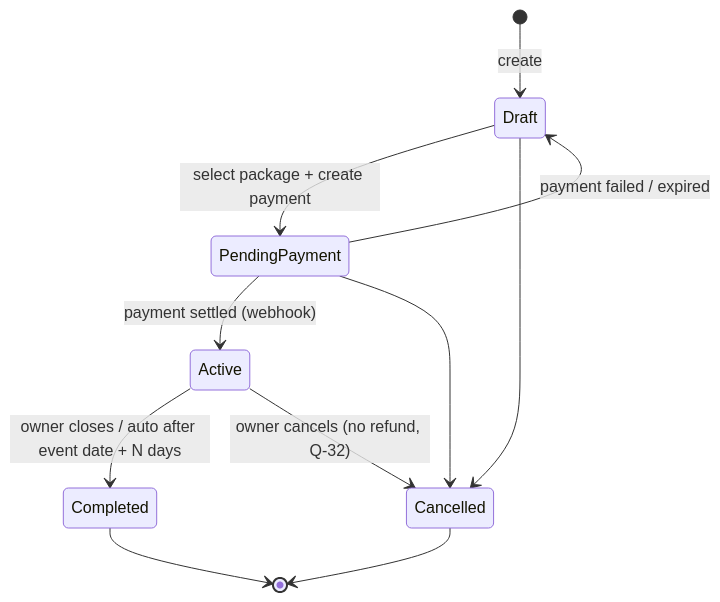
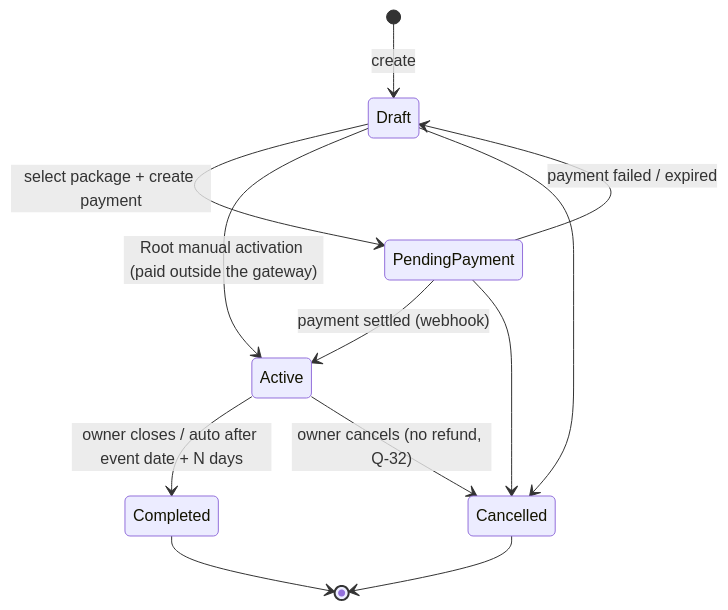
Before and after one commit to rikoaderinanda/EventLy: the third of 5 diagrams in docs/architecture/01-system-architecture.md, drawn with Mermaid. The commit also changed other lines of this file and 75 other files, not shown here.

````diff
--- a/docs/architecture/01-system-architecture.md
+++ b/docs/architecture/01-system-architecture.md
@@ -211,13 +211,14 @@
 ```mermaid
 stateDiagram-v2
     [*] --> Draft : create
     Draft --> PendingPayment : select package + create payment
     PendingPayment --> Draft : payment failed / expired
     PendingPayment --> Active : payment settled (webhook)
+    Draft --> Active : Root manual activation (paid outside the gateway)
     Active --> Completed : owner closes / auto after event date + N days
     Draft --> Cancelled
     PendingPayment --> Cancelled
     Active --> Cancelled : owner cancels (no refund, Q-32)
     Completed --> [*]
     Cancelled --> [*]
 ```
````
